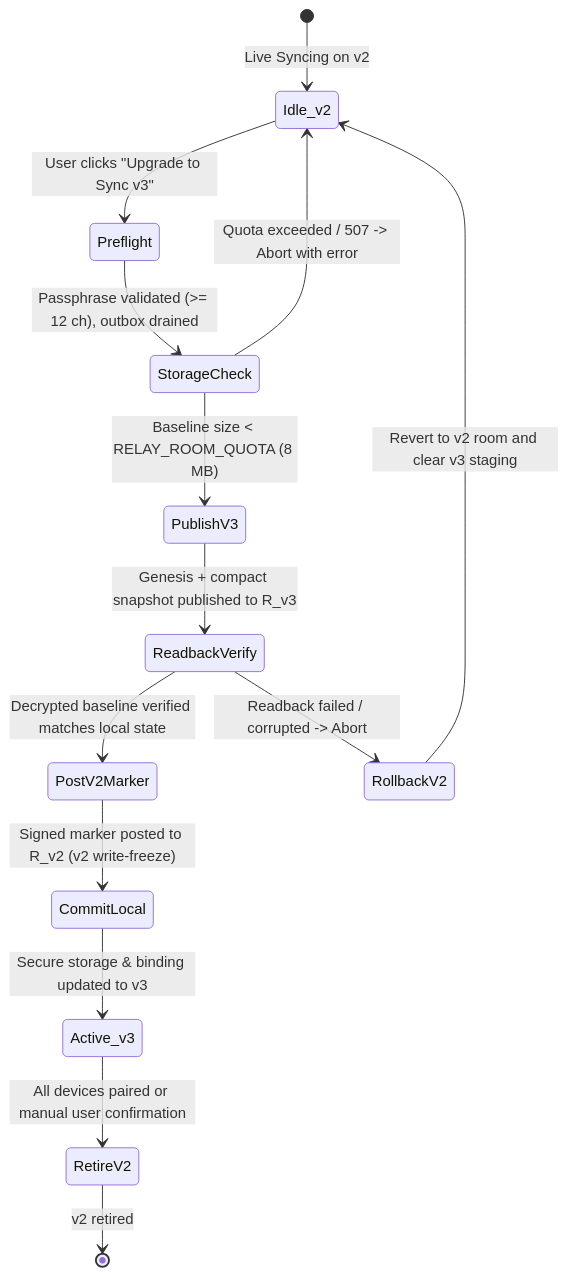
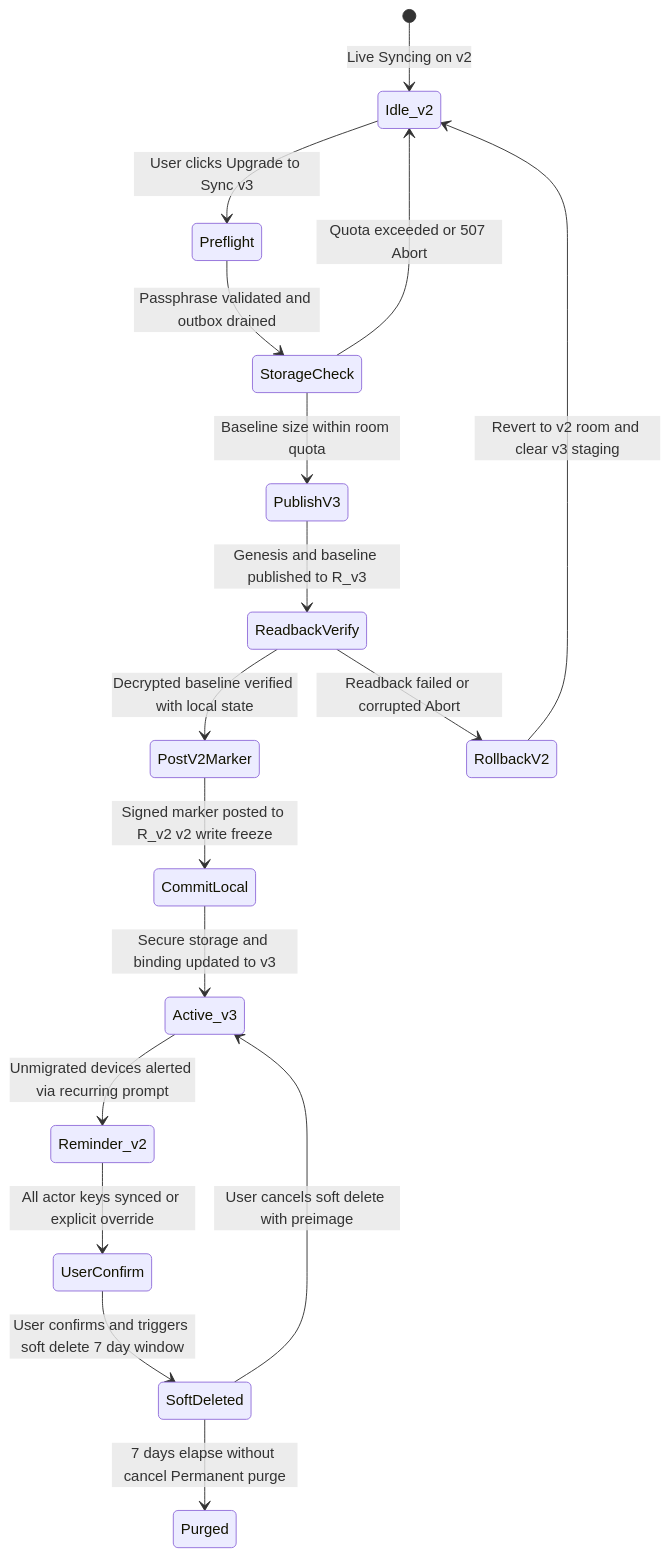
Before and after one commit to adityatawde9699/Cognate: the diagram in docs/SYNC_KEY_MIGRATION.md, drawn with Mermaid. The commit also changed other lines of this file, not shown here.

First line of the commit message:
docs: Part 2 revision of SYNC_KEY_MIGRATION.md with owner decisions and UX fixes

````diff
--- a/docs/SYNC_KEY_MIGRATION.md
+++ b/docs/SYNC_KEY_MIGRATION.md
@@ -169,16 +181,19 @@
 ```mermaid
 stateDiagram-v2
     [*] --> Idle_v2: Live Syncing on v2
-    Idle_v2 --> Preflight: User clicks "Upgrade to Sync v3"
-    Preflight --> StorageCheck: Passphrase validated (>= 12 ch), outbox drained
-    StorageCheck --> Idle_v2: Quota exceeded / 507 -> Abort with error
-    StorageCheck --> PublishV3: Baseline size < RELAY_ROOM_QUOTA (8 MB)
-    PublishV3 --> ReadbackVerify: Genesis + compact snapshot published to R_v3
-    ReadbackVerify --> PostV2Marker: Decrypted baseline verified matches local state
-    ReadbackVerify --> RollbackV2: Readback failed / corrupted -> Abort
-    PostV2Marker --> CommitLocal: Signed marker posted to R_v2 (v2 write-freeze)
-    CommitLocal --> Active_v3: Secure storage & binding updated to v3
-    Active_v3 --> RetireV2: All devices paired or manual user confirmation
-    RetireV2 --> [*]: v2 retired
+    Idle_v2 --> Preflight: User clicks Upgrade to Sync v3
+    Preflight --> StorageCheck: Passphrase validated and outbox drained
+    StorageCheck --> Idle_v2: Quota exceeded or 507 Abort
+    StorageCheck --> PublishV3: Baseline size within room quota
+    PublishV3 --> ReadbackVerify: Genesis and baseline published to R_v3
+    ReadbackVerify --> PostV2Marker: Decrypted baseline verified with local state
+    ReadbackVerify --> RollbackV2: Readback failed or corrupted Abort
+    PostV2Marker --> CommitLocal: Signed marker posted to R_v2 v2 write freeze
+    CommitLocal --> Active_v3: Secure storage and binding updated to v3
+    Active_v3 --> Reminder_v2: Unmigrated devices alerted via recurring prompt
+    Reminder_v2 --> UserConfirm: All actor keys synced or explicit override
+    UserConfirm --> SoftDeleted: User confirms and triggers soft delete 7 day window
+    SoftDeleted --> Purged: 7 days elapse without cancel Permanent purge
+    SoftDeleted --> Active_v3: User cancels soft delete with preimage
     RollbackV2 --> Idle_v2: Revert to v2 room and clear v3 staging
 ```
````
